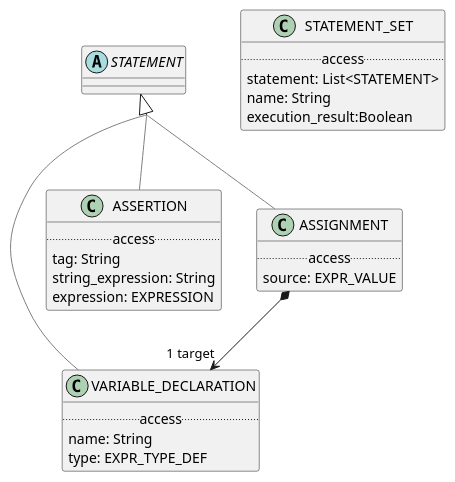
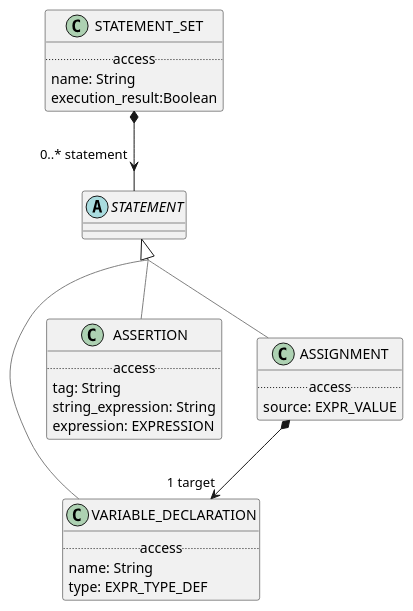
One commit to wolandscat/openehr-doc changed the diagram in modules/ROOT/examples/bmm/languages/bel/statement/statement-package-uml.adoc. Above: the diagram before and after it, drawn with PlantUML. The commit also changed 26 other files, not shown here.

```diff
--- a/modules/ROOT/examples/bmm/languages/bel/statement/statement-package-uml.adoc
+++ b/modules/ROOT/examples/bmm/languages/bel/statement/statement-package-uml.adoc
@@ -3,48 +3,49 @@
 [plantuml,opts=interactive,link=self]
 ....
 skinparam groupInheritance 2
 skinparam citedClassColor #FDFDFD
 
 
 class VARIABLE_DECLARATION [[/openehr-doc/latest/languages/bel-gen.html#_class_variable_declaration]] {
         .. access ..
         name: String
         type: EXPR_TYPE_DEF
 }
 
 VARIABLE_DECLARATION -[#gray]up-|> STATEMENT  
 
 
 class STATEMENT_SET [[/openehr-doc/latest/languages/bel-gen.html#_class_statement_set]] {
         .. access ..
-        statement: List<STATEMENT>
         name: String
         execution_result:Boolean
 }
 
+
+STATEMENT_SET *--> "0..* statement" STATEMENT
 
 class ASSERTION [[/openehr-doc/latest/languages/bel-gen.html#_class_assertion]] {
         .. access ..
         tag: String
         string_expression: String
         expression: EXPRESSION
 }
 
 ASSERTION -[#gray]up-|> STATEMENT  
 
 
 abstract class STATEMENT [[/openehr-doc/latest/languages/bel-gen.html#_class_statement]] {
 }
 
 
 class ASSIGNMENT [[/openehr-doc/latest/languages/bel-gen.html#_class_assignment]] {
         .. access ..
         source: EXPR_VALUE
 }
 
 ASSIGNMENT -[#gray]up-|> STATEMENT  
 
 
 ASSIGNMENT *--> "1 target" VARIABLE_DECLARATION
 
 ....
```
